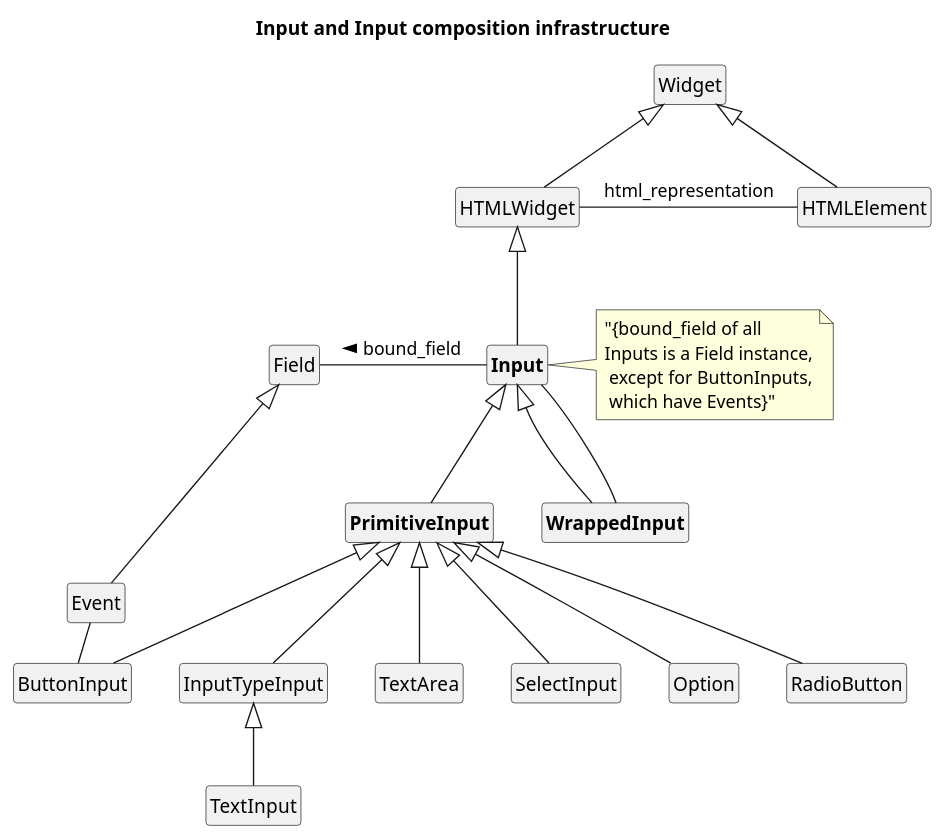
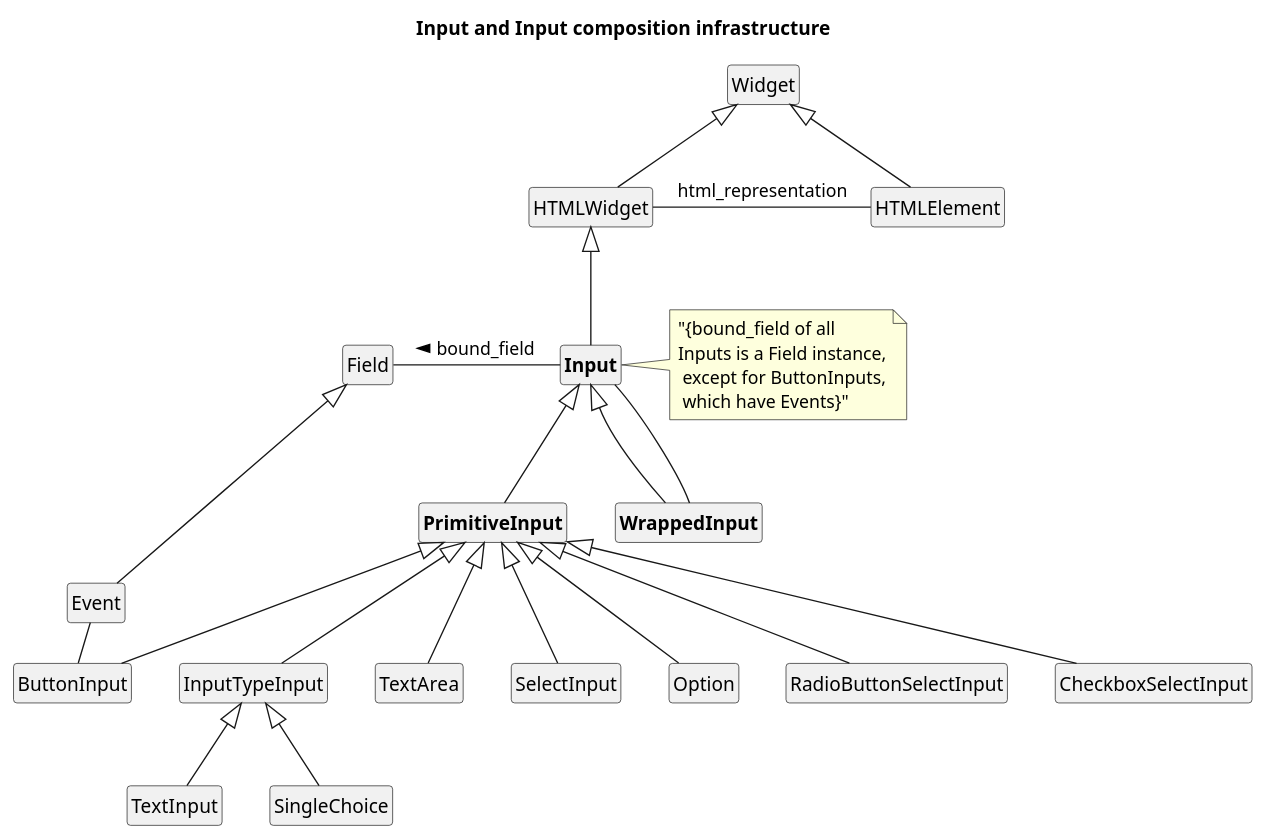
Before and after one commit to reahl/reahl: the diagram in reahl-web/reahl/web_dev/inputandvalidation/input_and_input_composition_infrastructure.puml, drawn with PlantUML. The commit also changed 4 other files, not shown here.

```diff
--- a/reahl-web/reahl/web_dev/inputandvalidation/input_and_input_composition_infrastructure.puml
+++ b/reahl-web/reahl/web_dev/inputandvalidation/input_and_input_composition_infrastructure.puml
@@ -1,33 +1,35 @@
 @startuml
 
 title Input and Input composition infrastructure
 
 hide members
 hide circle
 
 class "<b>Input</b>" as Input
 class "<b>WrappedInput</b>" as WrappedInput
 class "<b>PrimitiveInput</b>" as PrimitiveInput
 class Field
 note right of Input: "{bound_field of all \nInputs is a Field instance,\n except for ButtonInputs,\n which have Events}"
 
 HTMLWidget -up-|> Widget
 HTMLElement -up-|> Widget
 HTMLWidget -right- HTMLElement : html_representation
 Input -up-|> HTMLWidget
 Input -left- Field : bound_field >
 PrimitiveInput -up-|> Input
 WrappedInput -up-|> Input
 WrappedInput -- Input
 
 Event -up-|> Field
 ButtonInput -left- Event : bound_field >
 ButtonInput -up-|> PrimitiveInput
 InputTypeInput -up-|> PrimitiveInput
 TextArea -up-|> PrimitiveInput
 SelectInput -up-|> PrimitiveInput
 Option -up-|> PrimitiveInput
-RadioButton -up-|> PrimitiveInput
+RadioButtonSelectInput -up-|> PrimitiveInput
+CheckboxSelectInput -up-|> PrimitiveInput
 TextInput -up-|> InputTypeInput
+SingleChoice -up-|> InputTypeInput
 
 @enduml
```
